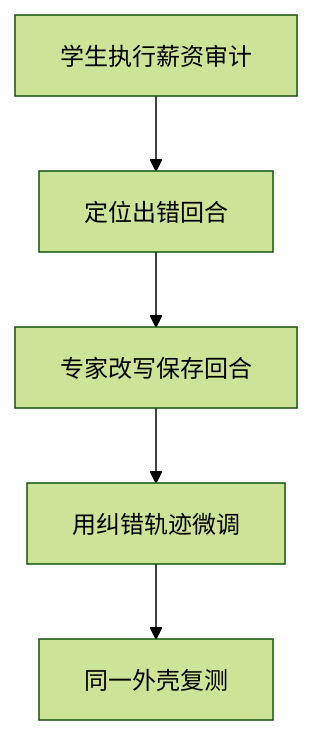
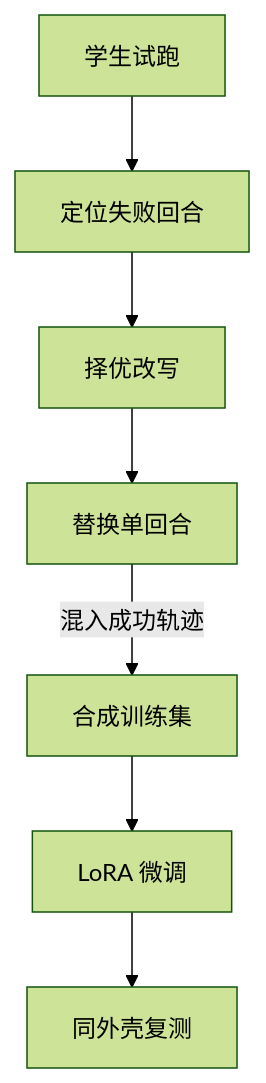
One commit to rcyw/desk changed the third of 3 diagrams in content/papers/harness-model-coevolution.md. Above: the diagram before and after it, drawn with Mermaid (forest theme). The commit also changed other lines of this file, not shown here.

Commit message:
Expand paper note with worked examples and diagrams

````diff
--- a/content/papers/harness-model-coevolution.md
+++ b/content/papers/harness-model-coevolution.md
@@ -41,9 +82,11 @@
 ```mermaid
 flowchart TD
-  accTitle: 薪资审计的同策略专家纠错
-  accDescr: 学生先执行任务。工程智能体定位出错的保存回合，专家按当时的上下文重写该回合，再用修改后的轨迹微调学生。
-  A[学生执行薪资审计] --> B[定位出错回合]
-  B --> C[专家改写保存回合]
-  C --> D[用纠错轨迹微调]
-  D --> E[同一外壳复测]
+  accTitle: 从学生试跑到微调后的复测
+  accDescr: 失败轨迹定位并改写一回合，与选中的学生成功轨迹混合形成训练集。学生经微调后回到同一个外壳复测。
+  R[学生试跑] --> L[定位失败回合]
+  L --> C[择优改写]
+  C --> E[替换单回合]
+  E -->|混入成功轨迹| D[合成训练集]
+  D --> F[LoRA 微调]
+  F --> V[同外壳复测]
 ```
````
